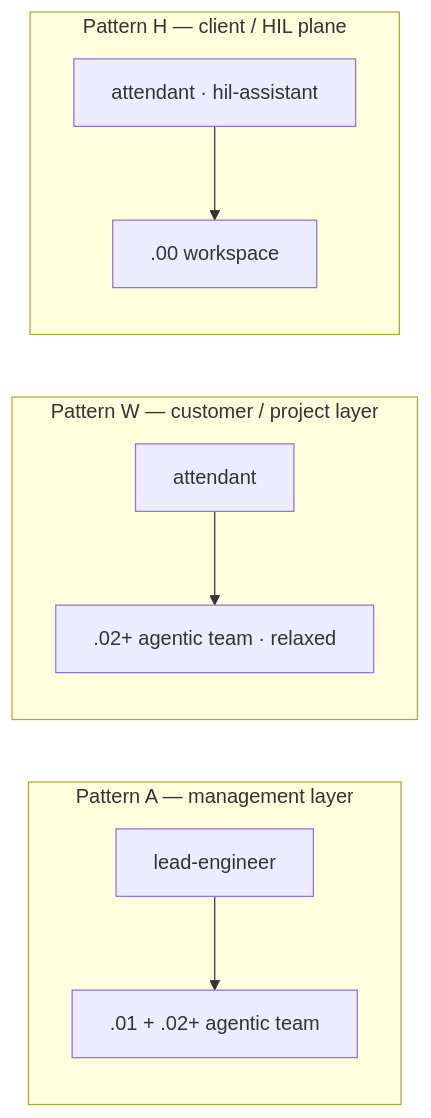
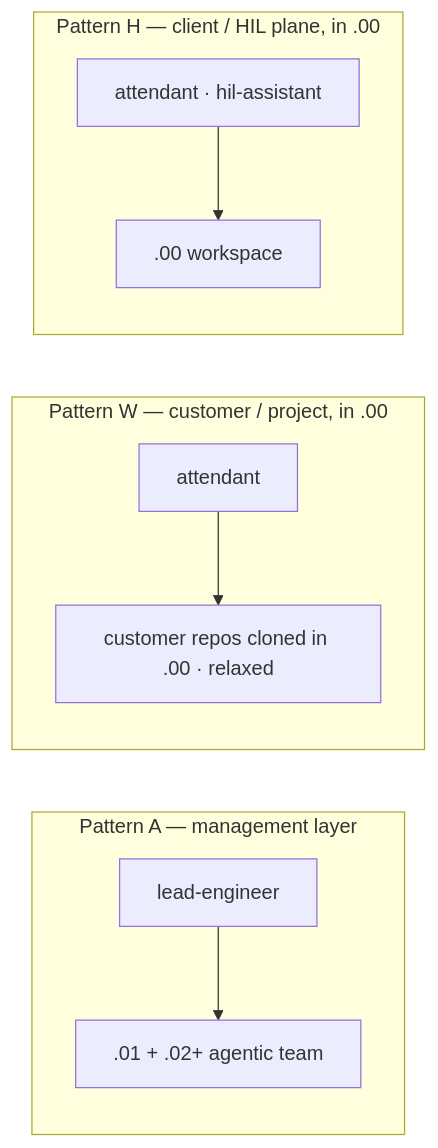
One commit to sworley/AgenticCore changed the third of 4 diagrams in mddocs/onboarding/visual-overview.md. Above: the diagram before and after it, drawn with Mermaid. The commit also changed other lines of this file and 4 other files, not shown here.

First line of the commit message:
docs: document customer/project plane provisioning (two-plane model)

````diff
--- a/mddocs/onboarding/visual-overview.md
+++ b/mddocs/onboarding/visual-overview.md
@@ -68,14 +70,14 @@
 ```mermaid
 flowchart LR
     subgraph A[Pattern A — management layer]
         LA[lead-engineer] --> TA[.01 + .02+ agentic team]
     end
 
-    subgraph W[Pattern W — customer / project layer]
-        AW[attendant] --> TW[.02+ agentic team · relaxed]
+    subgraph W[Pattern W — customer / project, in .00]
+        AW[attendant] --> TW[customer repos cloned in .00 · relaxed]
     end
 
-    subgraph H[Pattern H — client / HIL plane]
+    subgraph H[Pattern H — client / HIL plane, in .00]
         AH[attendant · hil-assistant] --> TH[.00 workspace]
     end
 ```
````
